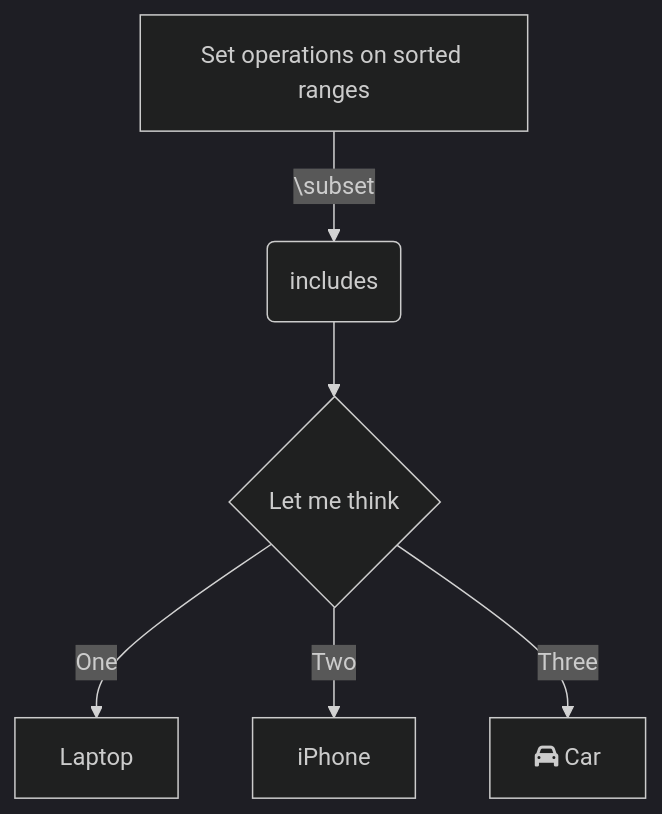
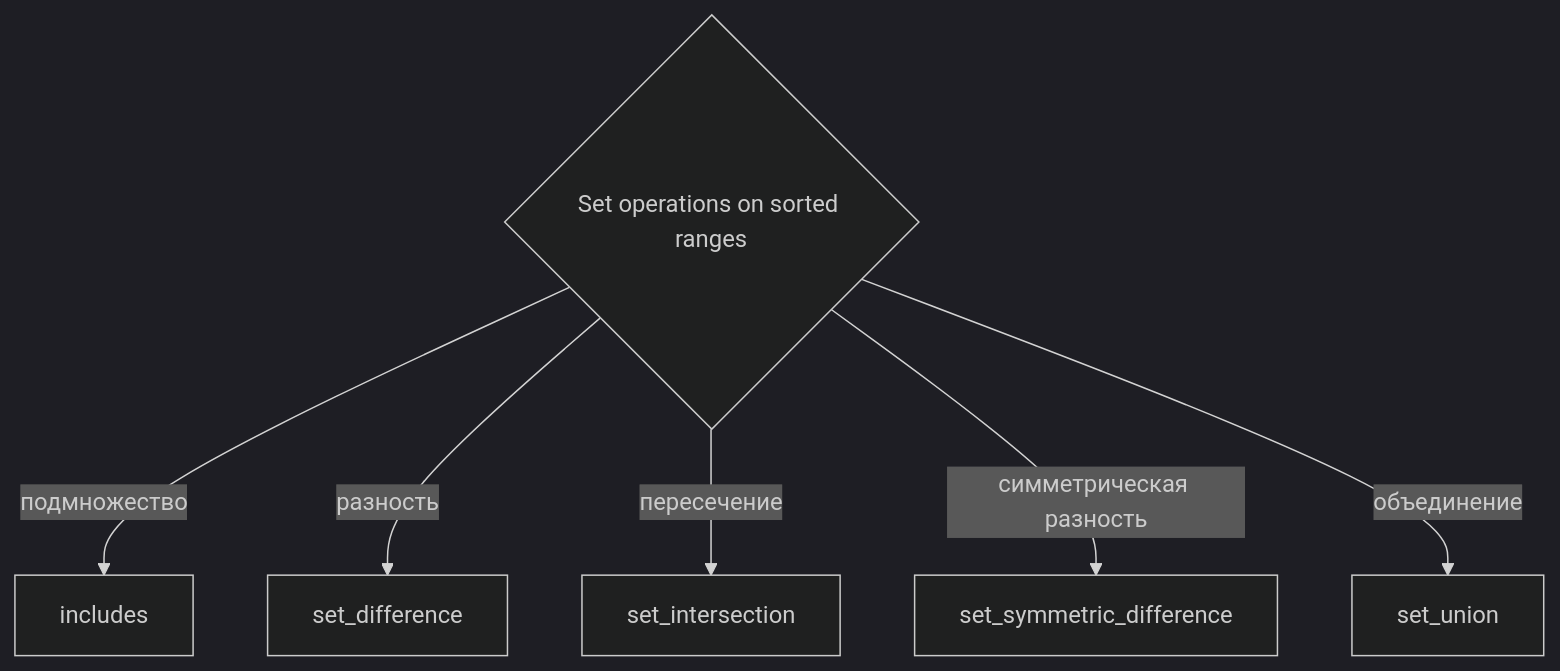
One commit to SkosMartren/Algorithm-Training-2.0-Division-B changed the diagram in занятие 3 (B)/Set operations (on sorted ranges).md. Above: the diagram before and after it, drawn with Mermaid (dark theme).

Commit message:
Update Set operations (on sorted ranges).md

````diff
--- a/занятие 3 (B)/Set operations (on sorted ranges).md
+++ b/занятие 3 (B)/Set operations (on sorted ranges).md
@@ -1,9 +1,10 @@
 ```mermaid
-    graph TD;
-    A[Set operations on sorted ranges] 
-    -->|\subset| B(includes)
-    B --> C{Let me think}
-    C -->|One| D[Laptop]
-    C -->|Two| E[iPhone]
-    C -->|Three| F[fa:fa-car Car]
+graph TD
+
+    C{Set operations on sorted ranges}
+    C -->|подмножество| D[includes]
+    C -->|разность| E[set_difference]
+    C -->|пересечение| F[set_intersection]
+    C -->|симметрическая разность| G[set_symmetric_difference]
+    C -->|объединение| H[set_union]
 ```
````
